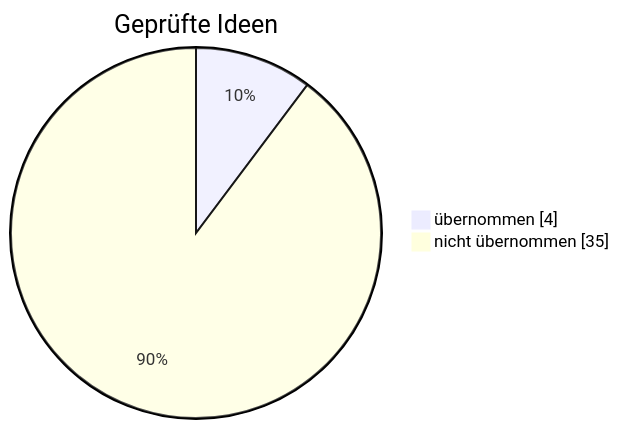
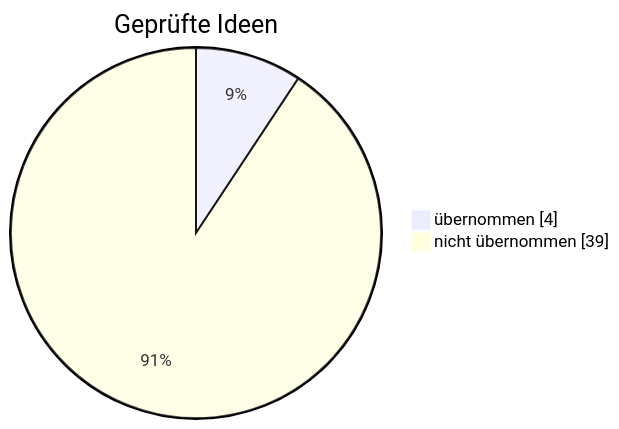
The diagram in gehirn/Notizen/Was der Bot schon weiß.md (sickingmalte-arch/Test-Bot), drawn with Mermaid before and after one commit. The commit also changed other lines of this file and 15 other files, not shown here.

````diff
--- a/gehirn/Notizen/Was der Bot schon weiß.md
+++ b/gehirn/Notizen/Was der Bot schon weiß.md
@@ -19,6 +19,6 @@
 ```mermaid
 pie showData
     title Geprüfte Ideen
     "übernommen" : 4
-    "nicht übernommen" : 35
+    "nicht übernommen" : 39
 ```
````
